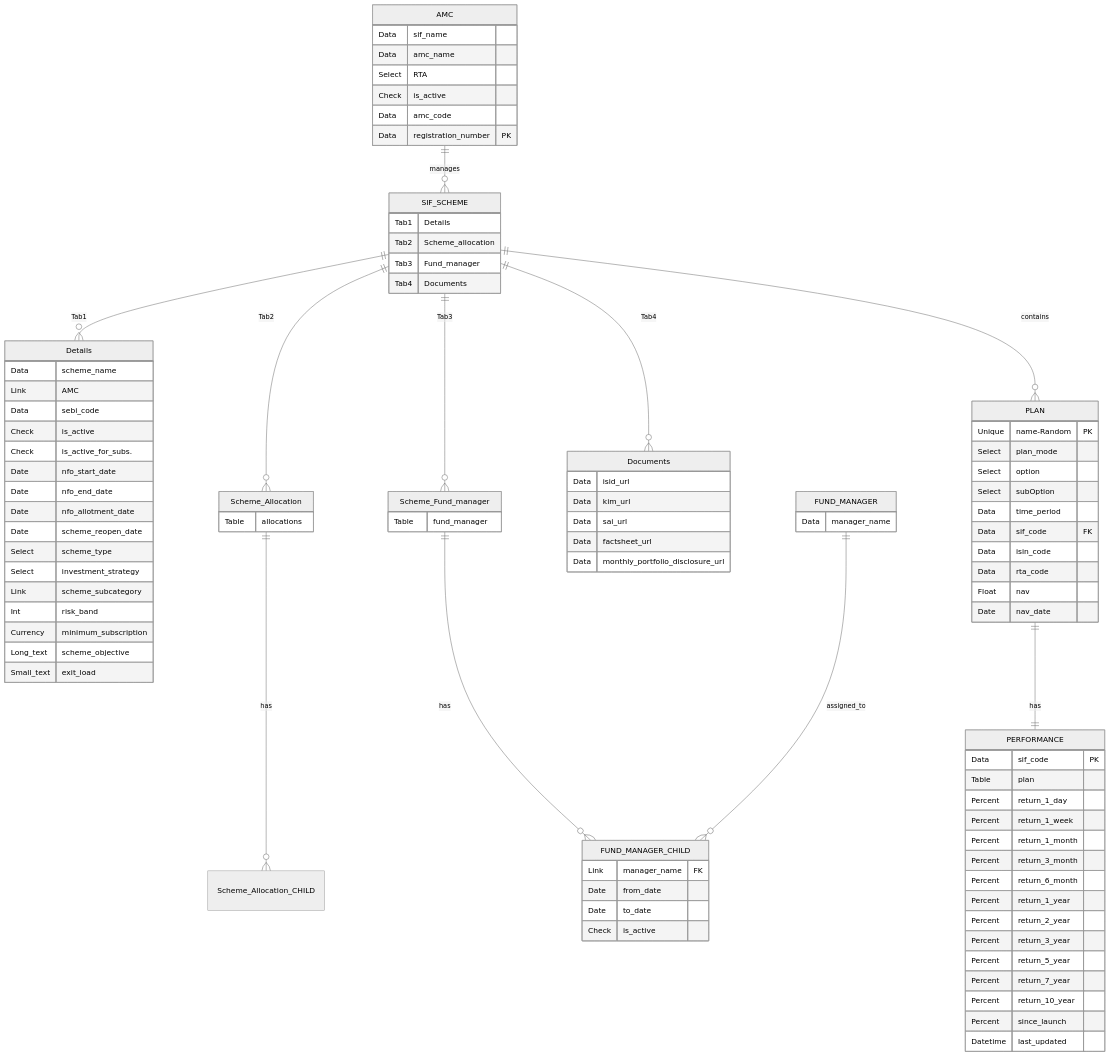
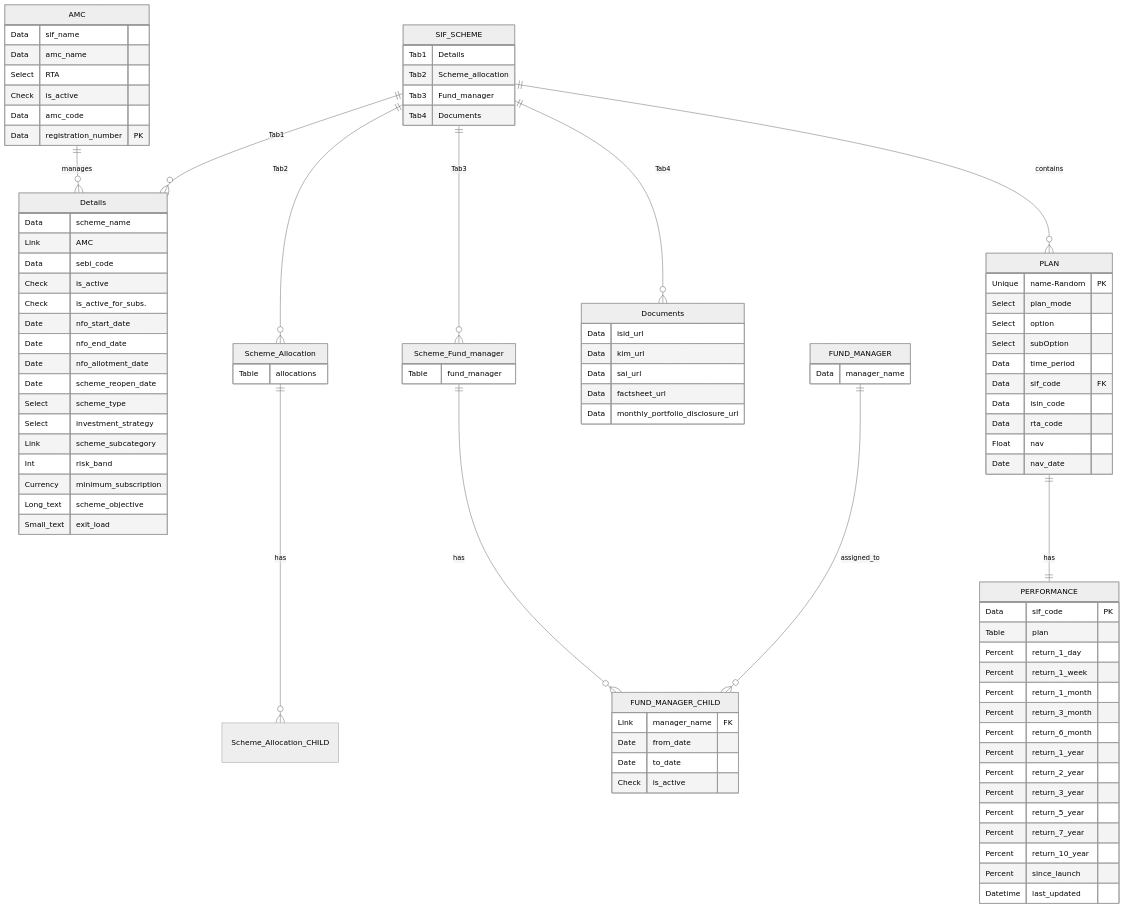
One commit to Satyam4755/My_SIF changed the diagram in sif_app/DOCTYPE architecture ER diagram.md. Above: the diagram before and after it, drawn with Mermaid (neutral theme).

Commit message:
Update DOCTYPE architecture ER diagram.md

````diff
--- a/sif_app/DOCTYPE architecture ER diagram.md
+++ b/sif_app/DOCTYPE architecture ER diagram.md
@@ -4,7 +4,7 @@
 ```mermaid
 erDiagram
 
-    AMC ||--o{ SIF_SCHEME : manages
+    AMC ||--o{ Details : manages
     SIF_SCHEME ||--o{ Details : Tab1
     SIF_SCHEME ||--o{ Scheme_Allocation : Tab2
     SIF_SCHEME ||--o{ Scheme_Fund_manager : Tab3
````
